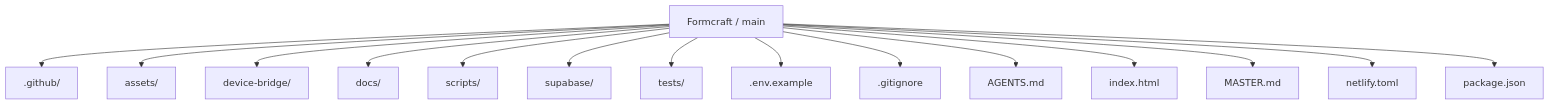
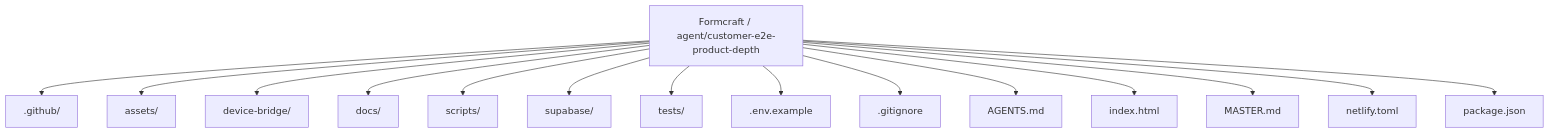
The first of 23 diagrams in README.md (Nischhalsubba/Formcraft), drawn with Mermaid before and after one commit. The commit also changed other lines of this file, not shown here.

````diff
--- a/README.md
+++ b/README.md
@@ -57,18 +68,18 @@
 ```mermaid
 flowchart TD
-    ROOT["Formcraft / main"]
+    ROOT["Formcraft / agent/customer-e2e-product-depth"]
     ROOT --> P0[".github/"]
     ROOT --> P1["assets/"]
     ROOT --> P2["device-bridge/"]
     ROOT --> P3["docs/"]
     ROOT --> P4["scripts/"]
     ROOT --> P5["supabase/"]
     ROOT --> P6["tests/"]
     ROOT --> P7[".env.example"]
     ROOT --> P8[".gitignore"]
     ROOT --> P9["AGENTS.md"]
     ROOT --> P10["index.html"]
     ROOT --> P11["MASTER.md"]
     ROOT --> P12["netlify.toml"]
     ROOT --> P13["package.json"]
 ```
````
